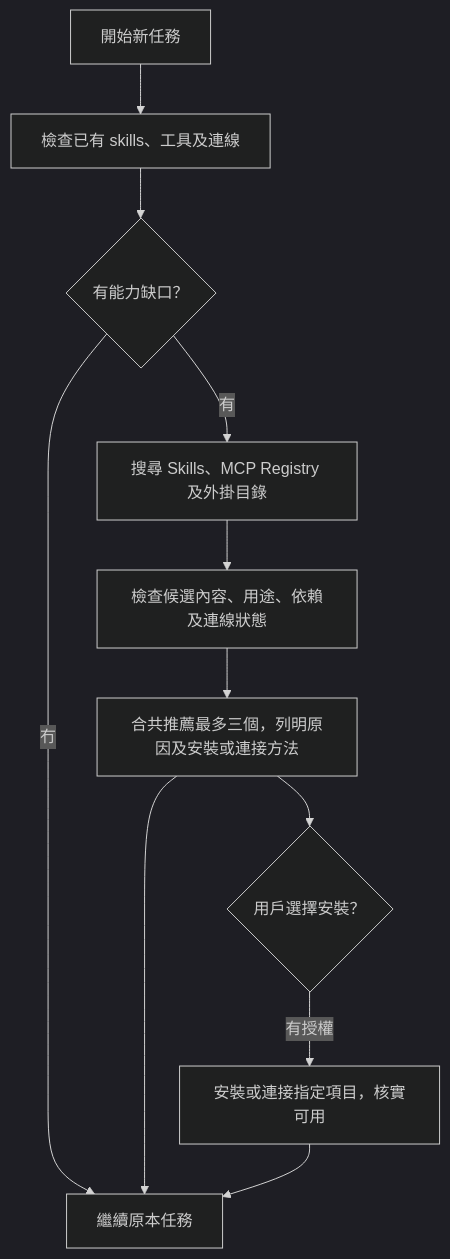
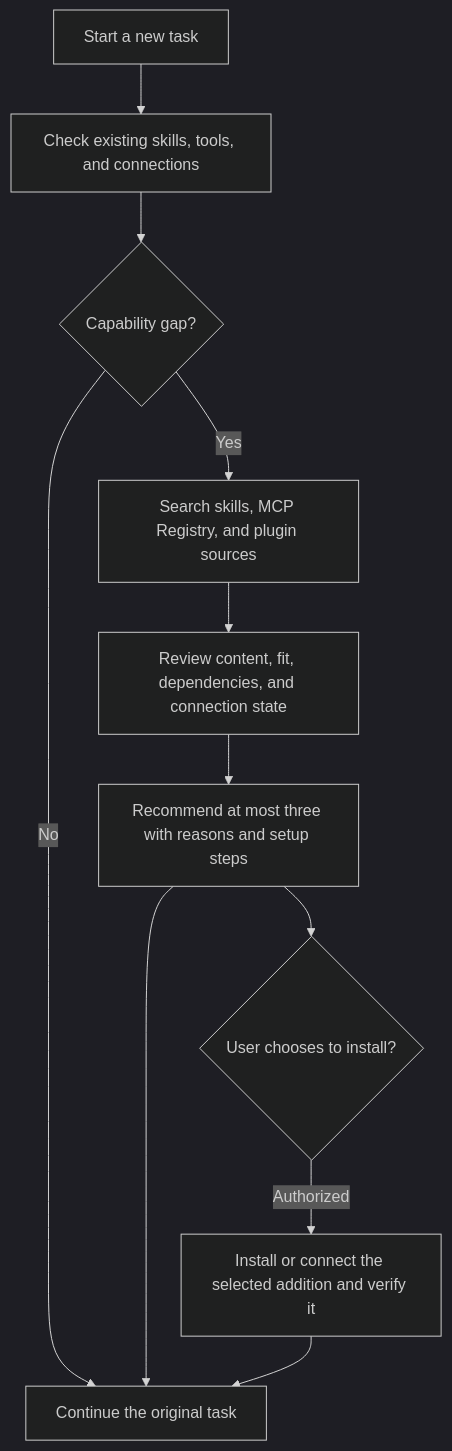
Before and after one commit to kenktchau-cmyk/skill-scout: the diagram in README.md, drawn with Mermaid (dark theme). The commit also changed other lines of this file and 1 other file, not shown here.

````diff
--- a/README.md
+++ b/README.md
@@ -17,13 +19,13 @@
 ```mermaid
 flowchart TD
-    A[開始新任務] --> B[檢查已有 skills、工具及連線]
-    B --> C{有能力缺口？}
-    C -->|冇| G[繼續原本任務]
-    C -->|有| D[搜尋 Skills、MCP Registry 及外掛目錄]
-    D --> E[檢查候選內容、用途、依賴及連線狀態]
-    E --> F[合共推薦最多三個，列明原因及安裝或連接方法]
+    A[Start a new task] --> B[Check existing skills, tools, and connections]
+    B --> C{Capability gap?}
+    C -->|No| G[Continue the original task]
+    C -->|Yes| D[Search skills, MCP Registry, and plugin sources]
+    D --> E[Review content, fit, dependencies, and connection state]
+    E --> F[Recommend at most three with reasons and setup steps]
     F --> G
-    F --> H{用戶選擇安裝？}
-    H -->|有授權| I[安裝或連接指定項目，核實可用]
+    F --> H{User chooses to install?}
+    H -->|Authorized| I[Install or connect the selected addition and verify it]
     I --> G
 ```
````
